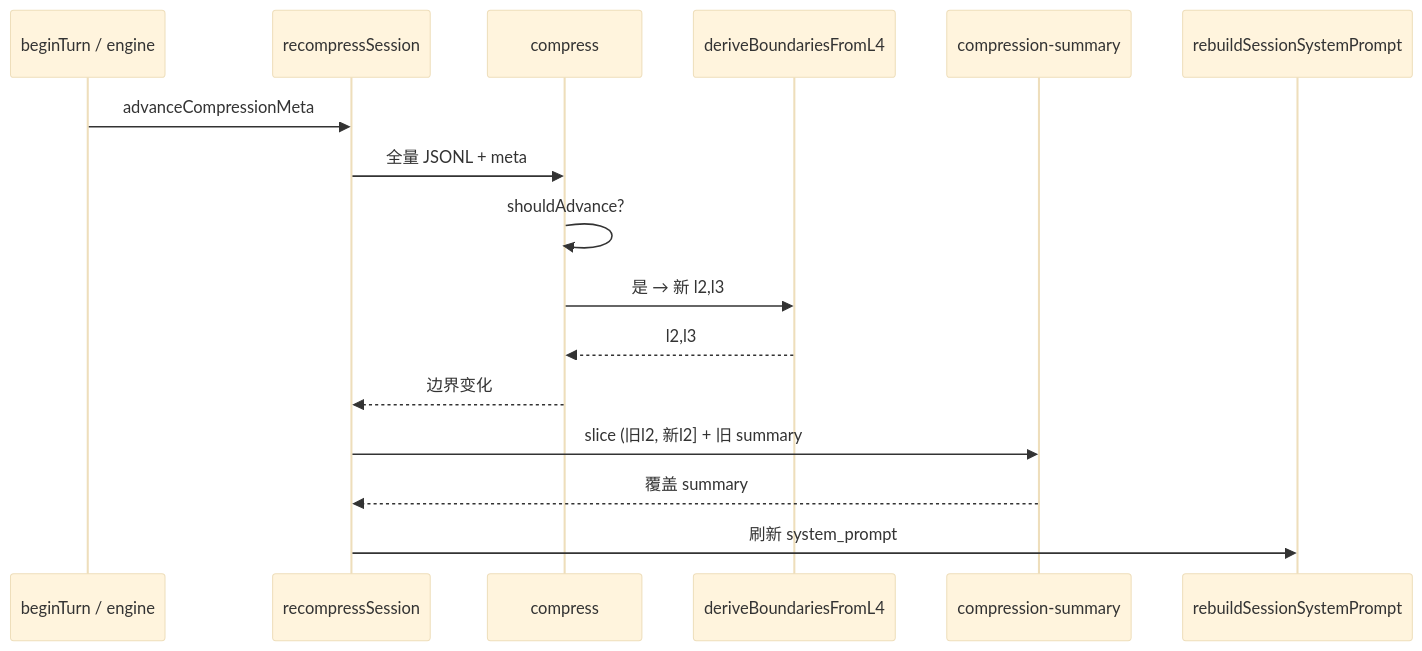
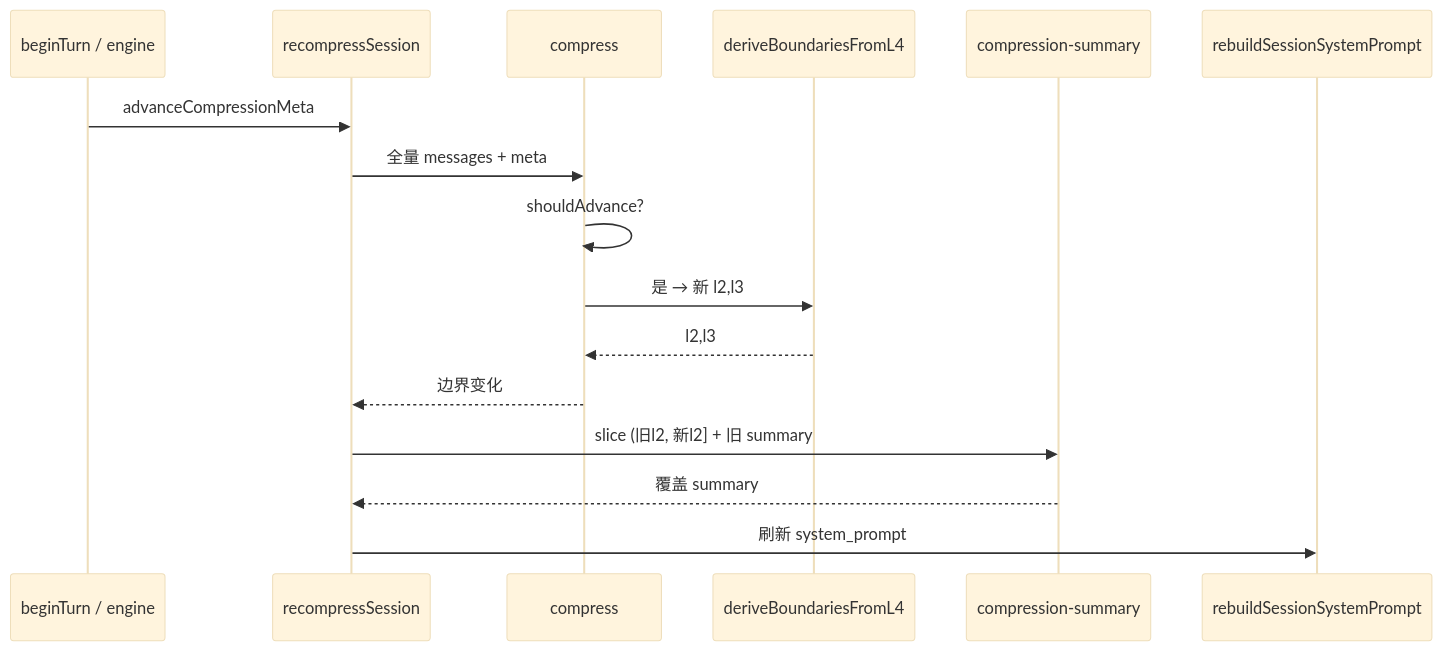
One commit to freeanima-org/freeanima changed the seventh of 10 diagrams in docs/compression.md. Above: the diagram before and after it, drawn with Mermaid (base theme). The commit also changed other lines of this file and 14 other files, not shown here.

````diff
--- a/docs/compression.md
+++ b/docs/compression.md
@@ -287,19 +288,19 @@
 ```mermaid
 sequenceDiagram
   participant BT as beginTurn / engine
   participant RC as recompressSession
   participant CP as compress
   participant DB as deriveBoundariesFromL4
   participant LLM as compression-summary
   participant SP as rebuildSessionSystemPrompt
 
   BT->>RC: advanceCompressionMeta
-  RC->>CP: 全量 JSONL + meta
+  RC->>CP: 全量 messages + meta
   CP->>CP: shouldAdvance?
   CP->>DB: 是 → 新 l2,l3
   DB-->>CP: l2,l3
   CP-->>RC: 边界变化
   RC->>LLM: slice (旧l2, 新l2] + 旧 summary
   LLM-->>RC: 覆盖 summary
   RC->>SP: 刷新 system_prompt
 ```
````
